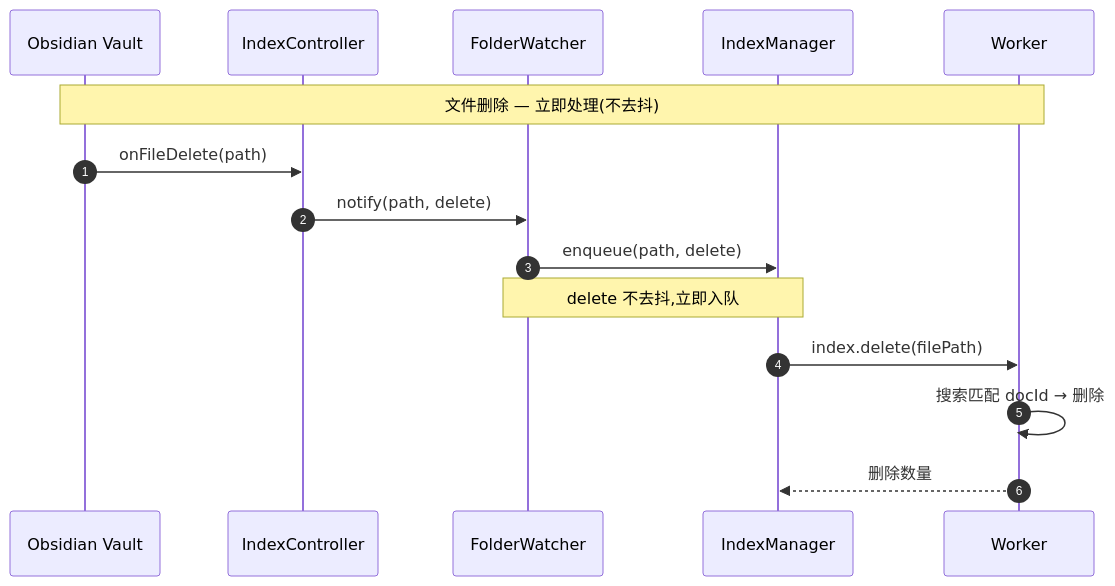
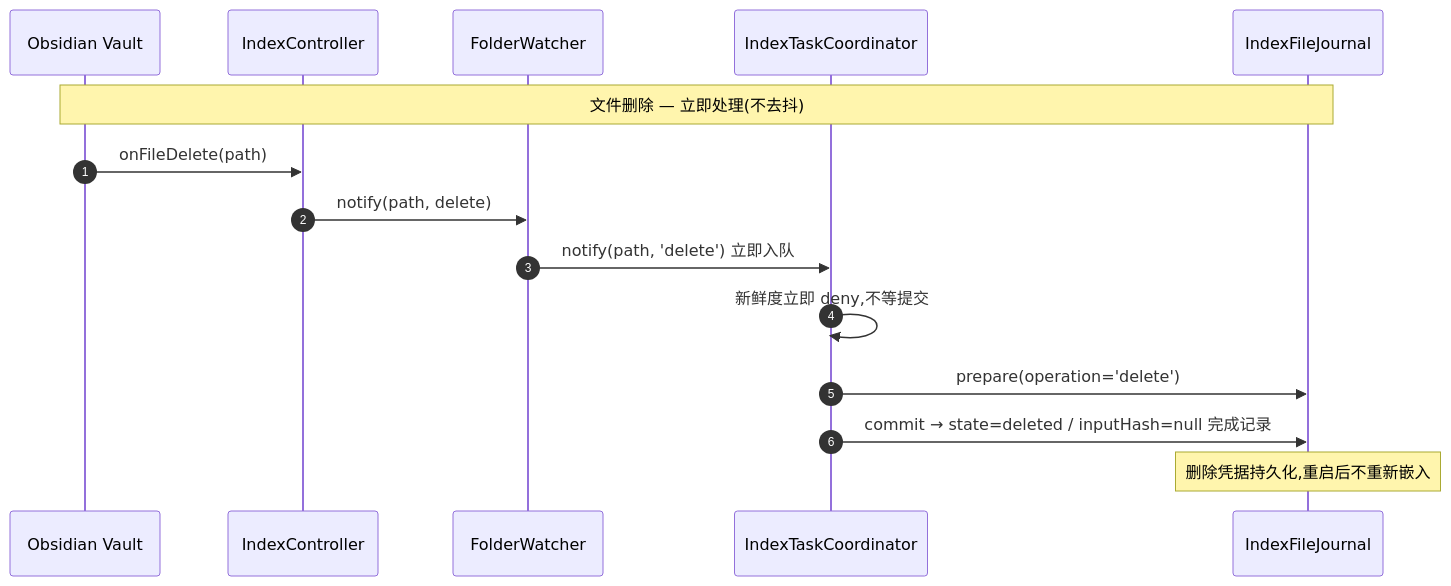
Before and after one commit to golddream-y/obsidian-ratel: the third of 8 diagrams in docs/architecture/rag/vector-index.md, drawn with Mermaid. The commit also changed other lines of this file and 26 other files, not shown here.

````diff
--- a/docs/architecture/rag/vector-index.md
+++ b/docs/architecture/rag/vector-index.md
@@ -116,19 +112,19 @@
 ```mermaid
 sequenceDiagram
     autonumber
     participant V as Obsidian Vault
     participant IC as IndexController
     participant FW as FolderWatcher
-    participant IM as IndexManager
-    participant WP as Worker
+    participant TC as IndexTaskCoordinator
+    participant J as IndexFileJournal
 
-    Note over V,WP: 文件删除 — 立即处理(不去抖)
+    Note over V,J: 文件删除 — 立即处理(不去抖)
 
     V->>IC: onFileDelete(path)
     IC->>FW: notify(path, delete)
-    FW->>IM: enqueue(path, delete)
-    Note over FW,IM: delete 不去抖,立即入队
-    IM->>WP: index.delete(filePath)
-    WP->>WP: 搜索匹配 docId → 删除
-    WP-->>IM: 删除数量
+    FW->>TC: notify(path, 'delete') 立即入队
+    TC->>TC: 新鲜度立即 deny,不等提交
+    TC->>J: prepare(operation='delete')
+    TC->>J: commit → state=deleted / inputHash=null 完成记录
+    Note over J: 删除凭据持久化,重启后不重新嵌入
 ```
````
